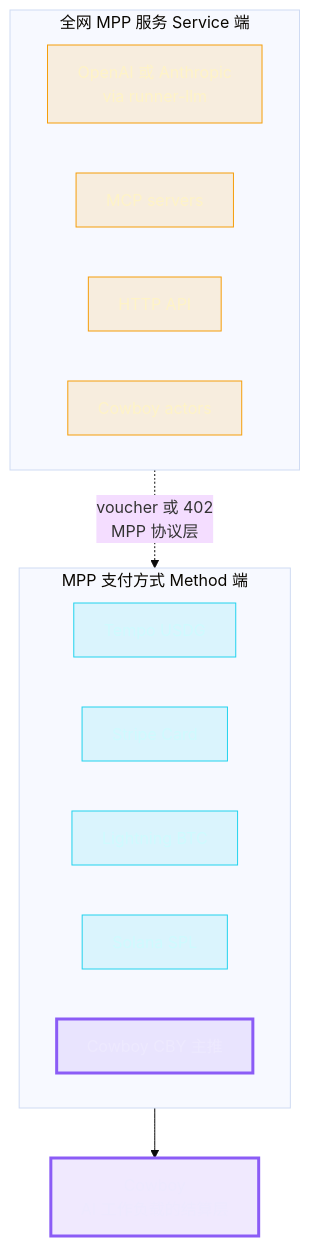
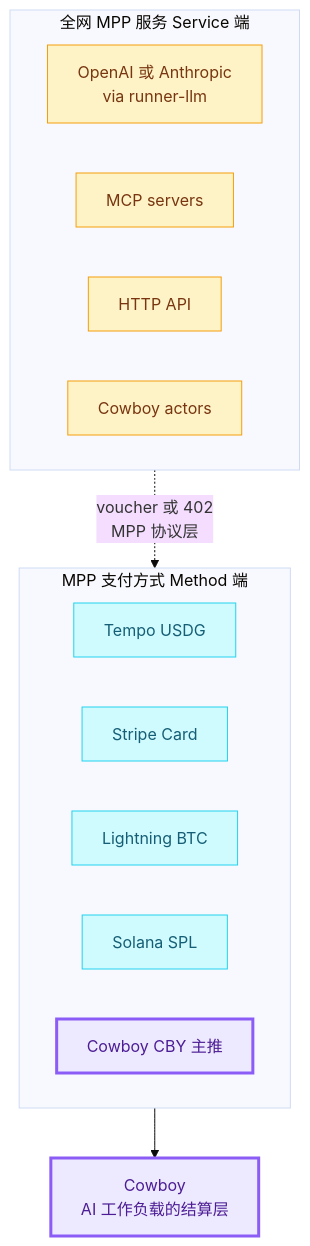
Diagram 11 of 11 in runner/2026-04-28_MPP_Session_Research.md (shawhanken/refs), drawn with Mermaid (base theme) before and after one commit. The commit also changed other lines of this file, not shown here.

First line of the commit message:
docs: update flowchart and sequence diagram colors for improved clarity

````diff
--- a/runner/2026-04-28_MPP_Session_Research.md
+++ b/runner/2026-04-28_MPP_Session_Research.md
@@ -716,29 +716,29 @@
 ```mermaid
 flowchart TB
     subgraph SVCS["全网 MPP 服务 Service 端"]
         direction LR
         L1["OpenAI 或 Anthropic<br/>via runner-llm"]
         L2["MCP servers"]
         L3["HTTP API"]
         L4["Cowboy actors"]
     end
 
     subgraph CHAINS["MPP 支付方式 Method 端"]
         direction LR
         M1["Tempo USDG"]
         M2["Stripe Card"]
         M3["Lightning BTC"]
         M4["Solana SPL"]
         M5["Cowboy CBY 主推"]
     end
 
     SVCS -. "voucher 或 402<br/>MPP 协议层" .-> CHAINS
     M5 --> COW["Cowboy<br/>AI 工作负载的结算层"]
 
-    classDef svc fill:#f59e0b22,stroke:#f59e0b,color:#fef3c7
-    classDef chain fill:#22d3ee22,stroke:#22d3ee,color:#cffafe
-    classDef cowboy fill:#8b5cf622,stroke:#8b5cf6,color:#ede9fe,stroke-width:3px
+    classDef svc fill:#fef3c7,stroke:#f59e0b,color:#78350f
+    classDef chain fill:#cffafe,stroke:#22d3ee,color:#155e75
+    classDef cowboy fill:#ede9fe,stroke:#8b5cf6,stroke-width:3px,color:#4c1d95
     class L1,L2,L3,L4 svc
     class M1,M2,M3,M4 chain
     class M5,COW cowboy
 ```
````
